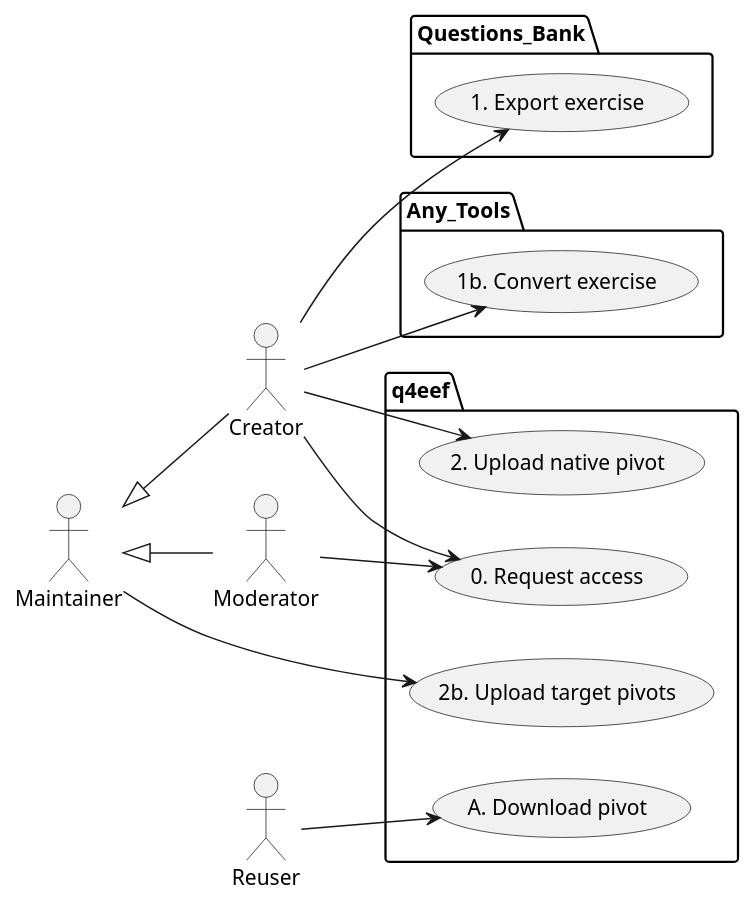
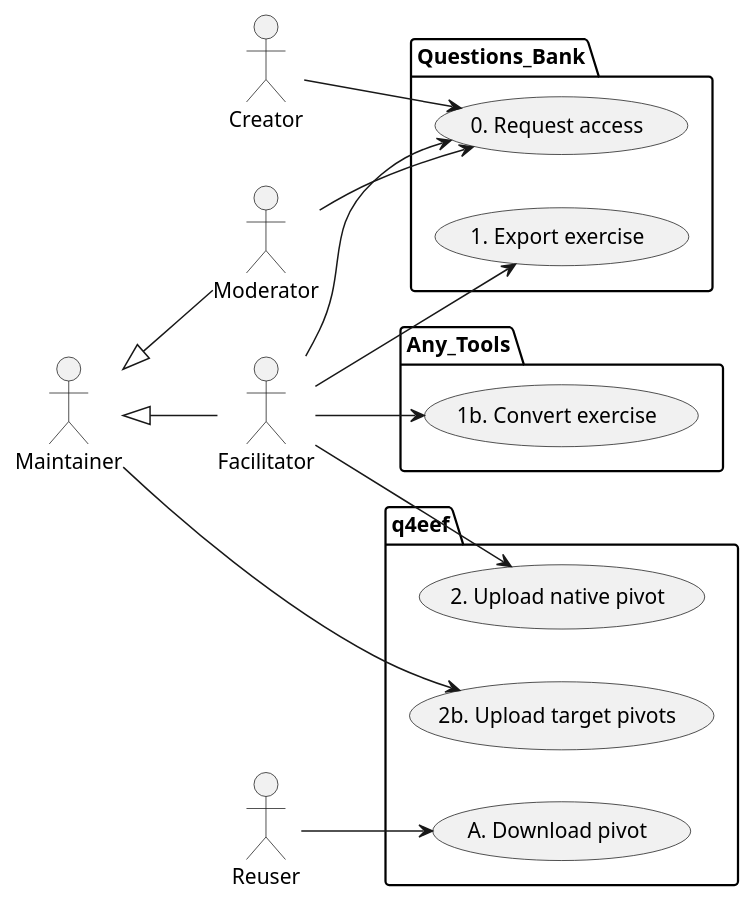
The diagram in doc/usecases.puml (frederic-baucher/q4eef), drawn with PlantUML before and after one commit.

```diff
--- a/doc/usecases.puml
+++ b/doc/usecases.puml
@@ -1,40 +1,43 @@
 @startuml
 left to right direction
 
-actor Creator as c
+actor Creator as cc
+actor Facilitator as c
 actor Maintainer as t
 actor Moderator as m
 actor Reuser as r
 
 t <|-- c
 t <|-- m
 
 package Questions_Bank {
+  usecase "1. Author exercise" as UC0
   usecase "1. Export exercise" as UC1
 }
 
 package Any_Tools {
   usecase "1b. Convert exercise" as UC2
 }
 
 package q4eef {
   usecase "0. Request access" as UC0
   usecase "2. Upload native pivot" as UC3
   usecase "2b. Upload target pivots" as UC2b
   usecase "A. Download pivot" as UC4
 }
 
 
+cc --> UC0
 c --> UC1
 c --> UC2
 
 t --> UC2b
 
 c --> UC3
 
 m --> UC0
 
 r --> UC4
 
 c --> UC0
 @enduml
```
